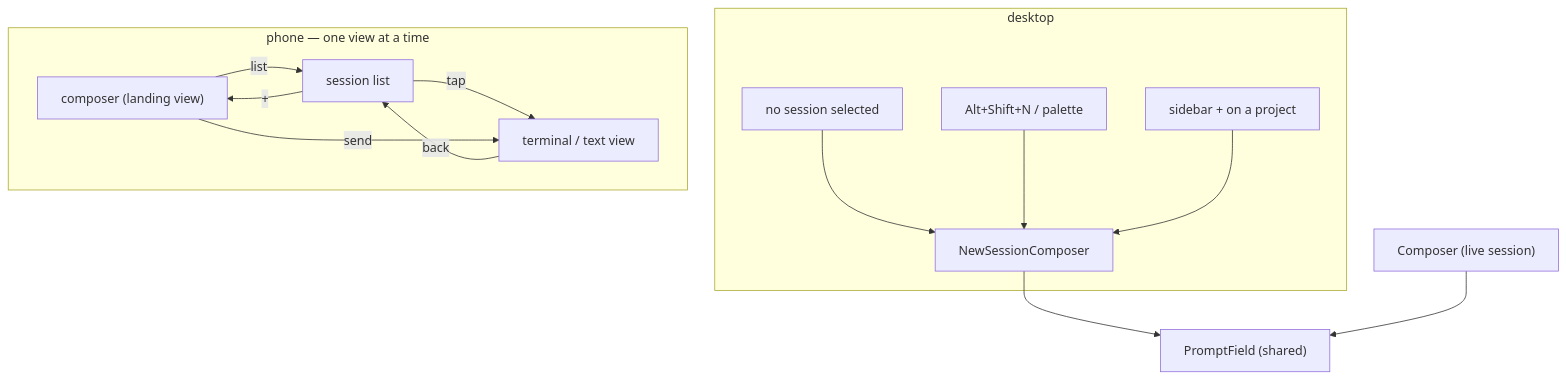
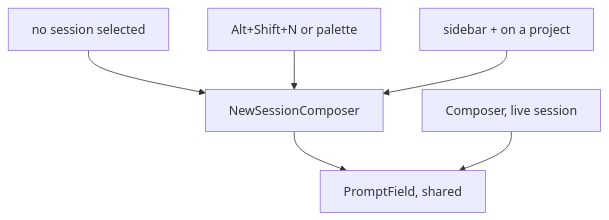
One commit to ViktorBarzin/terminal-lobby changed the second of 3 diagrams in docs/plans/2026-09-04-prompt-first-sessions-design.md. Above: the diagram before and after it, drawn with Mermaid. The commit also changed other lines of this file, not shown here.

First line of the commit message:
docs(prompt-first sessions): make the diagrams fit a phone

````diff
--- a/docs/plans/2026-09-04-prompt-first-sessions-design.md
+++ b/docs/plans/2026-09-04-prompt-first-sessions-design.md
@@ -148,17 +149,8 @@
 ```mermaid
 flowchart TD
-    subgraph desktop
-      E["no session selected"] --> NC["NewSessionComposer"]
-      K["Alt+Shift+N / palette"] --> NC
-      P["sidebar + on a project"] --> NC
-    end
-    subgraph phone["phone — one view at a time"]
-      NC2["composer (landing view)"] -->|list| L["session list"]
-      L -->|tap| TV["terminal / text view"]
-      TV -->|back| L
-      L -->|+| NC2
-      NC2 -->|send| TV
-    end
-    NC --> PF["PromptField (shared)"]
-    LC["Composer (live session)"] --> PF
+    E["no session selected"] --> NC["NewSessionComposer"]
+    K["Alt+Shift+N or palette"] --> NC
+    P["sidebar + on a project"] --> NC
+    NC --> PF["PromptField, shared"]
+    LC["Composer, live session"] --> PF
 ```
````
